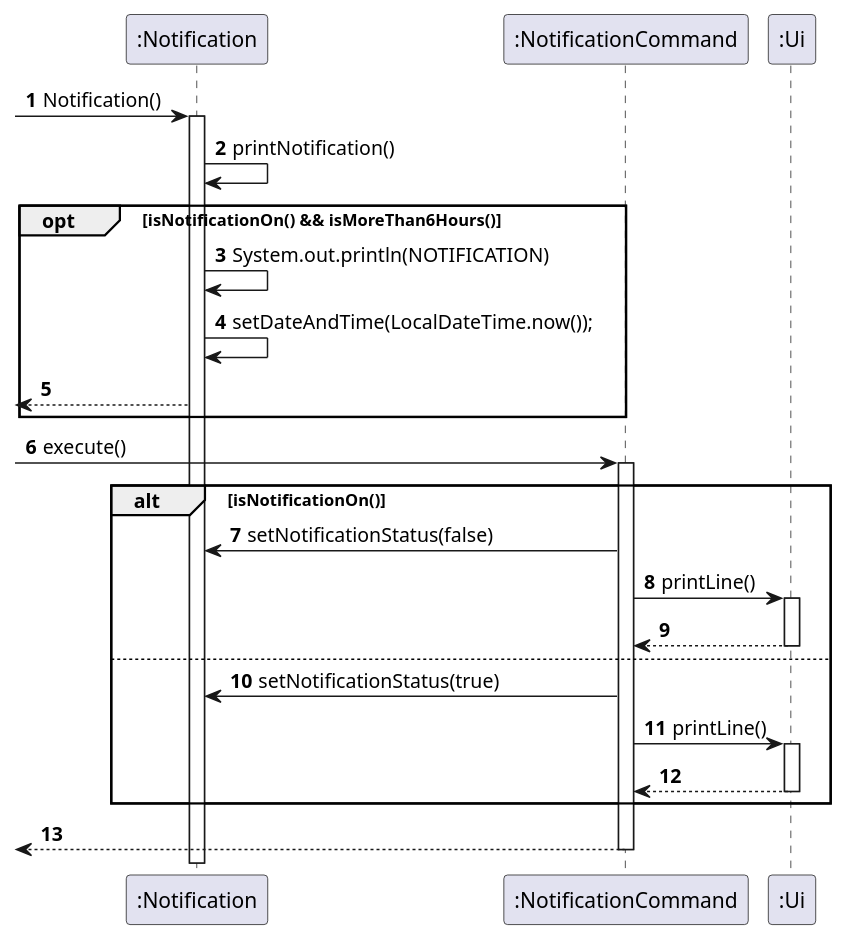
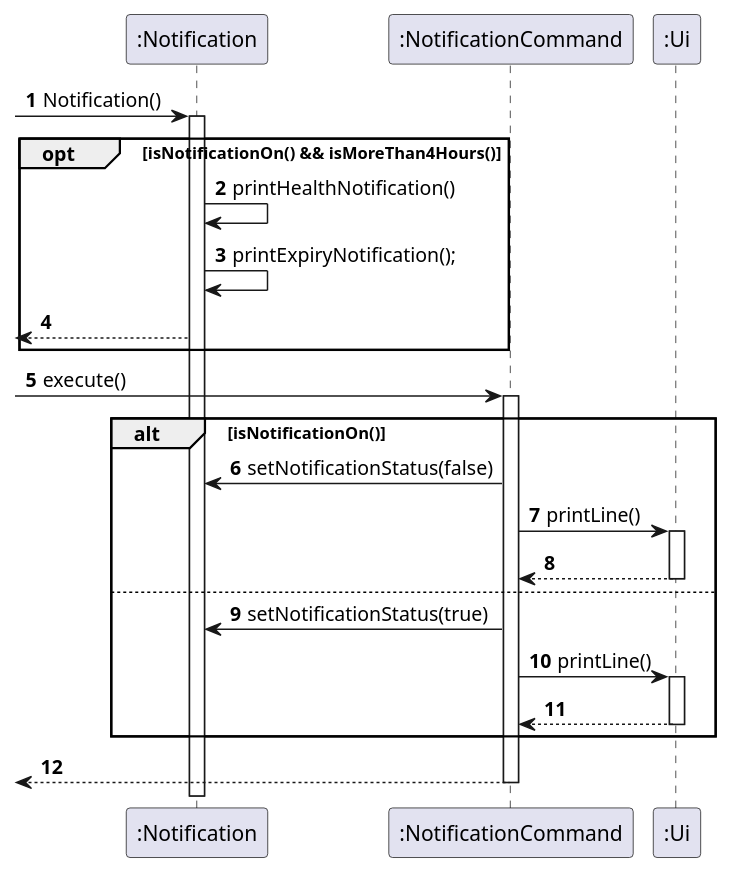
The diagram in docs/umlDiagrams/NotificationSequence.puml (uosjapuelks/tp), drawn with PlantUML before and after one commit. The commit also changed 2 other files, not shown here.

Commit message:
Update DG regarding notification command

```diff
--- a/docs/umlDiagrams/NotificationSequence.puml
+++ b/docs/umlDiagrams/NotificationSequence.puml
@@ -1,38 +1,37 @@
 @startuml
 'https://plantuml.com/sequence-diagram
 
 autonumber
 
 -> ":Notification": Notification()
 activate ":Notification"
 
-    ":Notification" -> ":Notification": printNotification()
-    opt isNotificationOn() && isMoreThan6Hours()
-        ":Notification" -> ":Notification": System.out.println(NOTIFICATION)
-        ":Notification" -> ":Notification": setDateAndTime(LocalDateTime.now());
+    opt isNotificationOn() && isMoreThan4Hours()
+        ":Notification" -> ":Notification": printHealthNotification()
+        ":Notification" -> ":Notification": printExpiryNotification();
         <-- ":Notification"
     end
 
 
 -> ":NotificationCommand": execute()
 activate ":NotificationCommand"
 
     alt isNotificationOn()
         ":NotificationCommand" -> ":Notification": setNotificationStatus(false)
         ":NotificationCommand" -> ":Ui": printLine()
         activate ":Ui"
         ":NotificationCommand" <-- ":Ui"
         deactivate ":Ui"
 
     else
             ":NotificationCommand" -> ":Notification": setNotificationStatus(true)
             ":NotificationCommand" -> ":Ui": printLine()
             activate ":Ui"
             ":NotificationCommand" <-- ":Ui"
             deactivate ":Ui"
 
     end
     <-- ":NotificationCommand"
 deactivate ":NotificationCommand"
 
 @enduml
```
